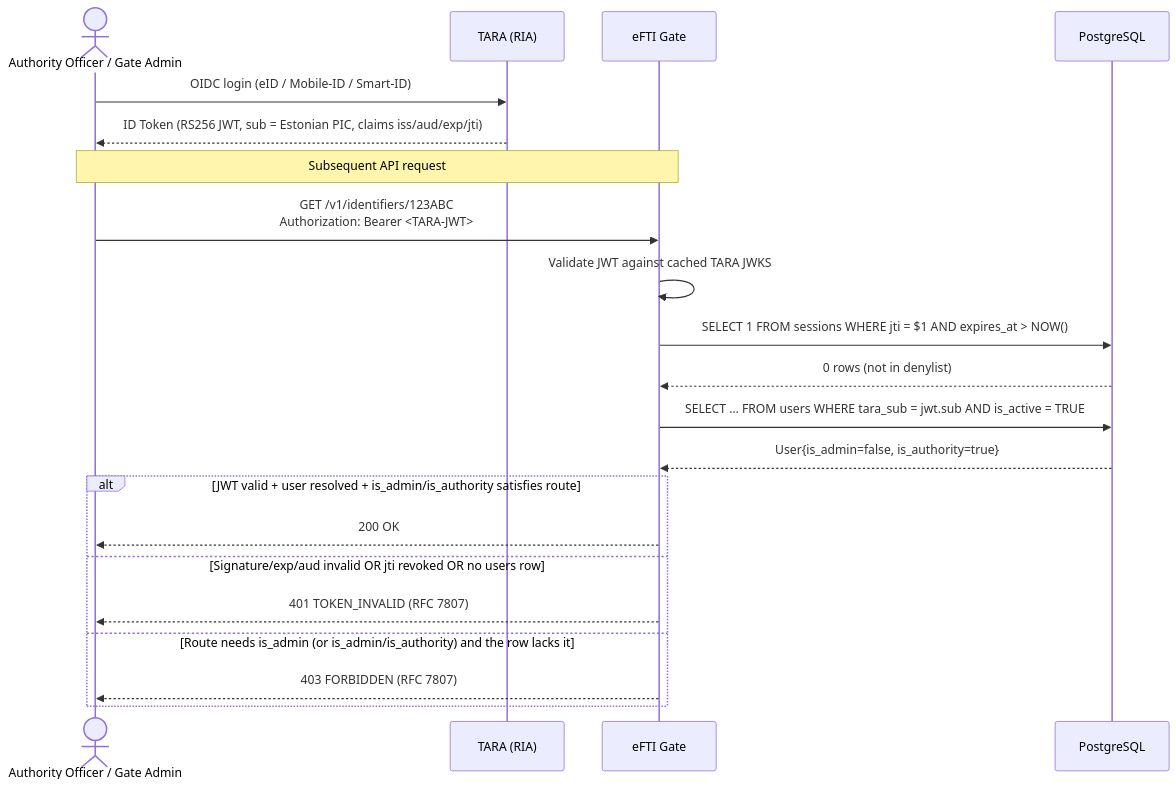
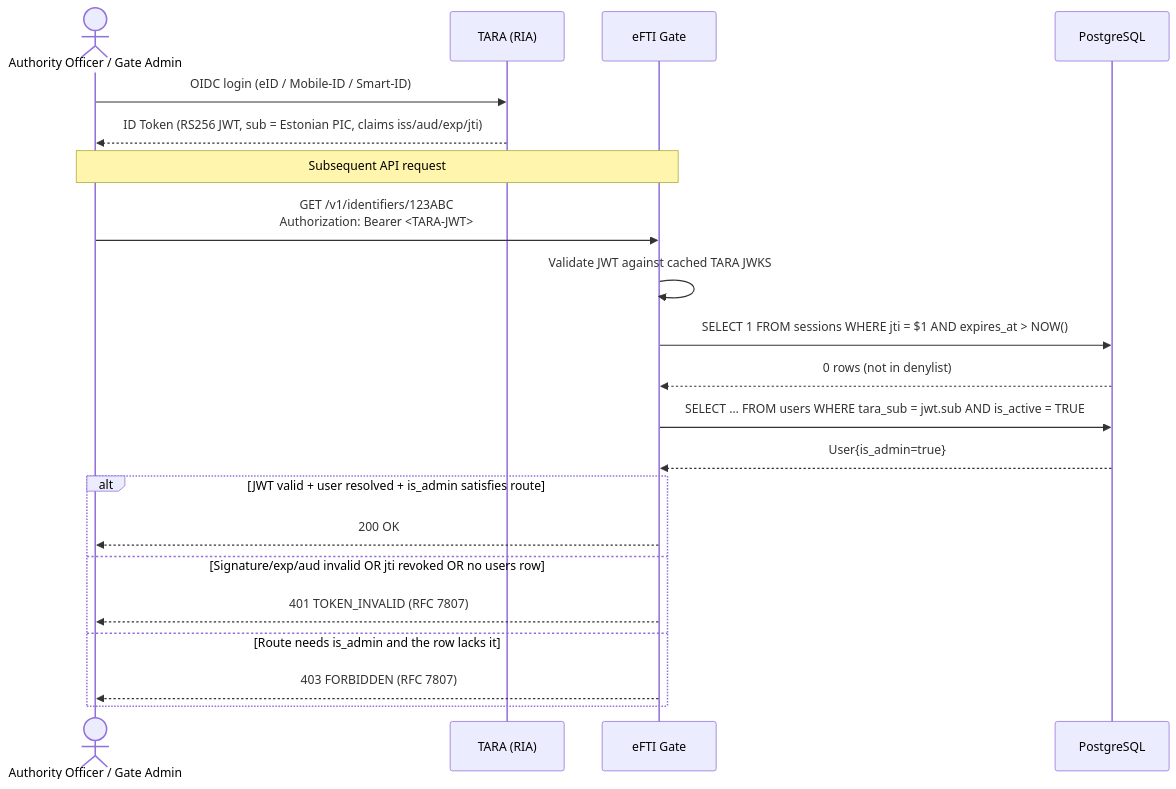
One commit to kemit-ee/efti-gate-ee changed the third of 5 diagrams in docs/architecture/identity-and-access/authentication_and_access_flows.md. Above: the diagram before and after it, drawn with Mermaid. The commit also changed 43 other files, not shown here.

````diff
--- a/docs/architecture/identity-and-access/authentication_and_access_flows.md
+++ b/docs/architecture/identity-and-access/authentication_and_access_flows.md
@@ -53,26 +53,26 @@
 ```mermaid
 sequenceDiagram
     actor Officer as Authority Officer / Gate Admin
     participant TARA as TARA (RIA)
     participant Gate as eFTI Gate
     participant DB as PostgreSQL
 
     Officer->>TARA: OIDC login (eID / Mobile-ID / Smart-ID)
     TARA-->>Officer: ID Token (RS256 JWT, sub = Estonian PIC, claims iss/aud/exp/jti)
 
     Note over Officer,Gate: Subsequent API request
 
     Officer->>Gate: GET /v1/identifiers/123ABC<br/>Authorization: Bearer <TARA-JWT>
     Gate->>Gate: Validate JWT against cached TARA JWKS
     Gate->>DB: SELECT 1 FROM sessions WHERE jti = $1 AND expires_at > NOW()
     DB-->>Gate: 0 rows (not in denylist)
     Gate->>DB: SELECT … FROM users WHERE tara_sub = jwt.sub AND is_active = TRUE
-    DB-->>Gate: User{is_admin=false, is_authority=true}
-    alt JWT valid + user resolved + is_admin/is_authority satisfies route
+    DB-->>Gate: User{is_admin=true}
+    alt JWT valid + user resolved + is_admin satisfies route
         Gate-->>Officer: 200 OK
     else Signature/exp/aud invalid OR jti revoked OR no users row
         Gate-->>Officer: 401 TOKEN_INVALID (RFC 7807)
-    else Route needs is_admin (or is_admin/is_authority) and the row lacks it
+    else Route needs is_admin and the row lacks it
         Gate-->>Officer: 403 FORBIDDEN (RFC 7807)
     end
 ```
````
